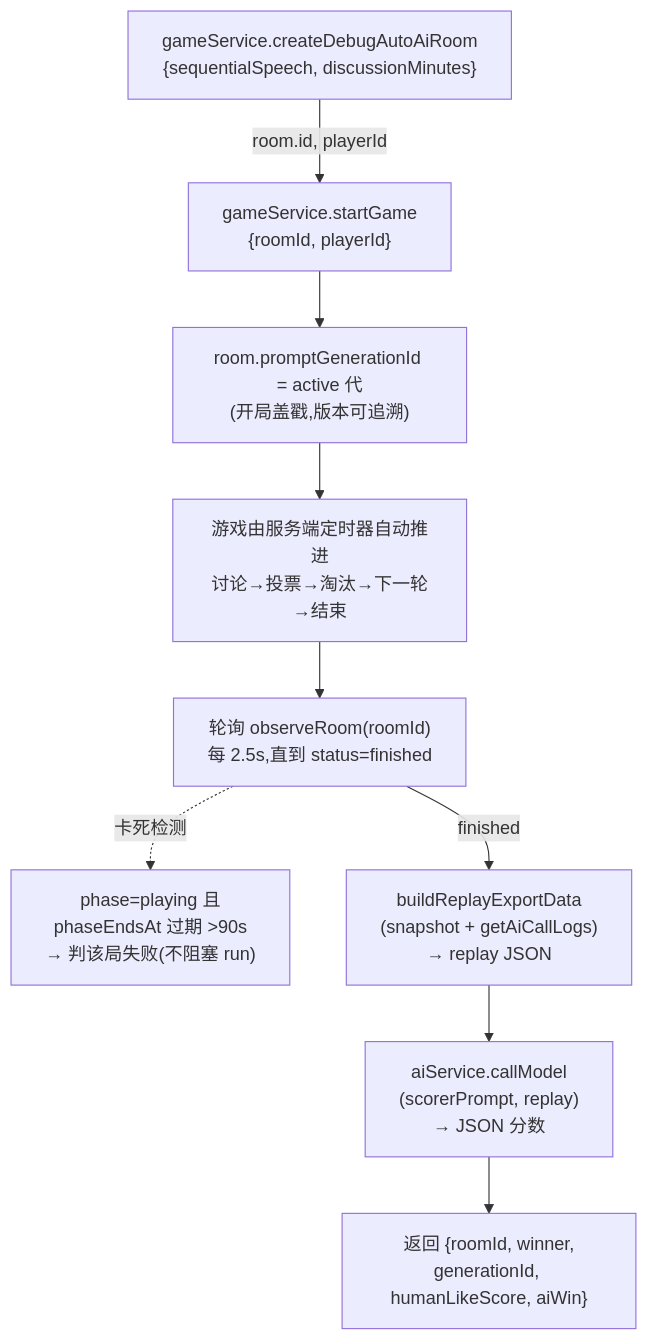
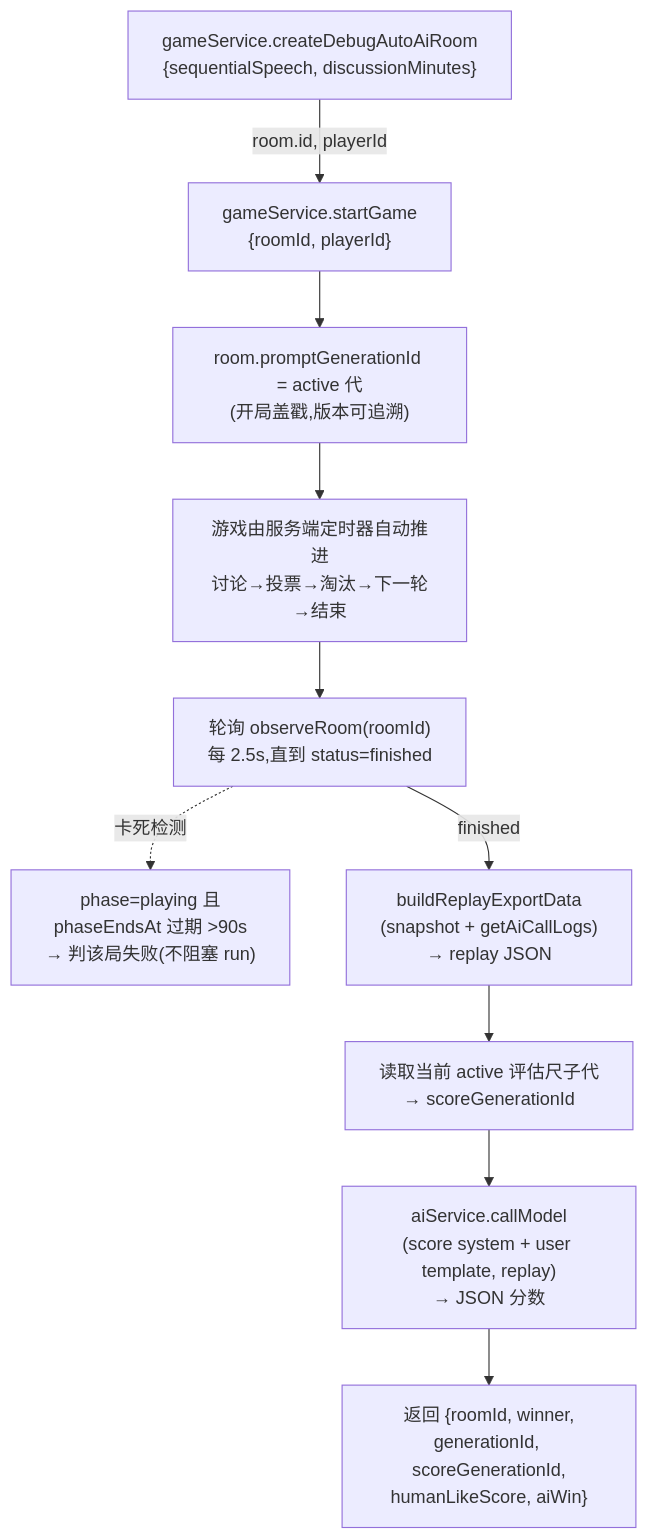
The fourth of 7 diagrams in docs/ai-iteration/AI-Prompt-Eval-Flow.md (zhoutaoz99/who-is-the-ai), drawn with Mermaid before and after one commit. The commit also changed other lines of this file and 16 other files, not shown here.

````diff
--- a/docs/ai-iteration/AI-Prompt-Eval-Flow.md
+++ b/docs/ai-iteration/AI-Prompt-Eval-Flow.md
@@ -160,11 +172,12 @@
 ```mermaid
 flowchart TD
   C["gameService.createDebugAutoAiRoom<br/>{sequentialSpeech, discussionMinutes}"] -->|room.id, playerId| S["gameService.startGame<br/>{roomId, playerId}"]
   S --> STAMP["room.promptGenerationId = active 代<br/>(开局盖戳,版本可追溯)"]
   STAMP --> RUN["游戏由服务端定时器自动推进<br/>讨论→投票→淘汰→下一轮→结束"]
   RUN --> POLL["轮询 observeRoom(roomId)<br/>每 2.5s,直到 status=finished"]
   POLL -.卡死检测.-> STUCK["phase=playing 且<br/>phaseEndsAt 过期 >90s<br/>→ 判该局失败(不阻塞 run)"]
   POLL -->|finished| EXP["buildReplayExportData<br/>(snapshot + getAiCallLogs)<br/>→ replay JSON"]
-  EXP --> SC["aiService.callModel<br/>(scorerPrompt, replay)<br/>→ JSON 分数"]
-  SC --> RES["返回 {roomId, winner,<br/>generationId, humanLikeScore, aiWin}"]
+  EXP --> EVAL["读取当前 active 评估尺子代<br/>→ scoreGenerationId"]
+  EVAL --> SC["aiService.callModel<br/>(score system + user template, replay)<br/>→ JSON 分数"]
+  SC --> RES["返回 {roomId, winner,<br/>generationId, scoreGenerationId,<br/>humanLikeScore, aiWin}"]
 ```
````
